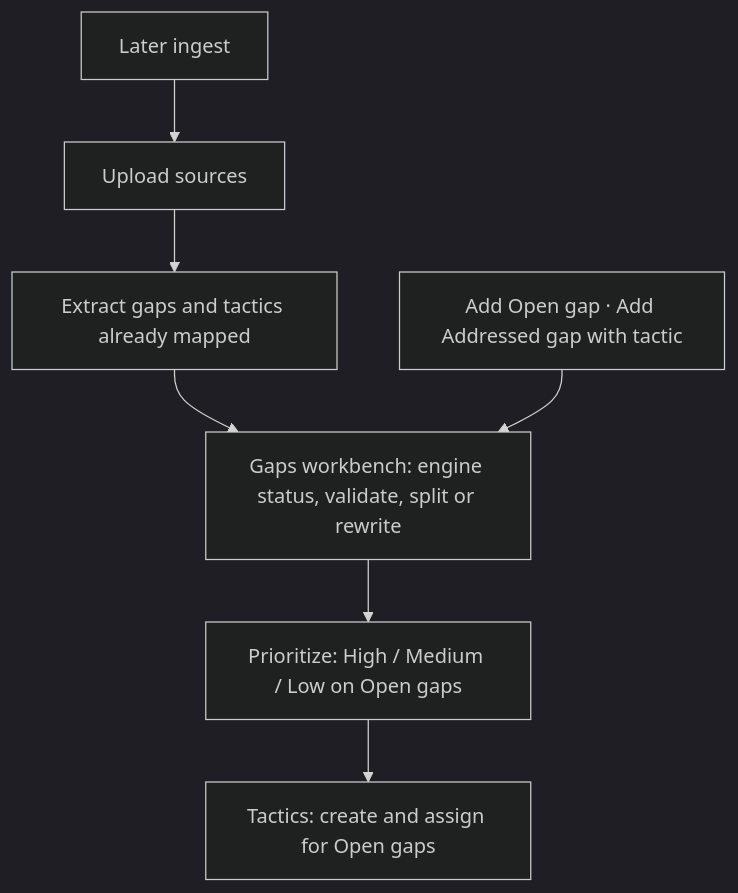
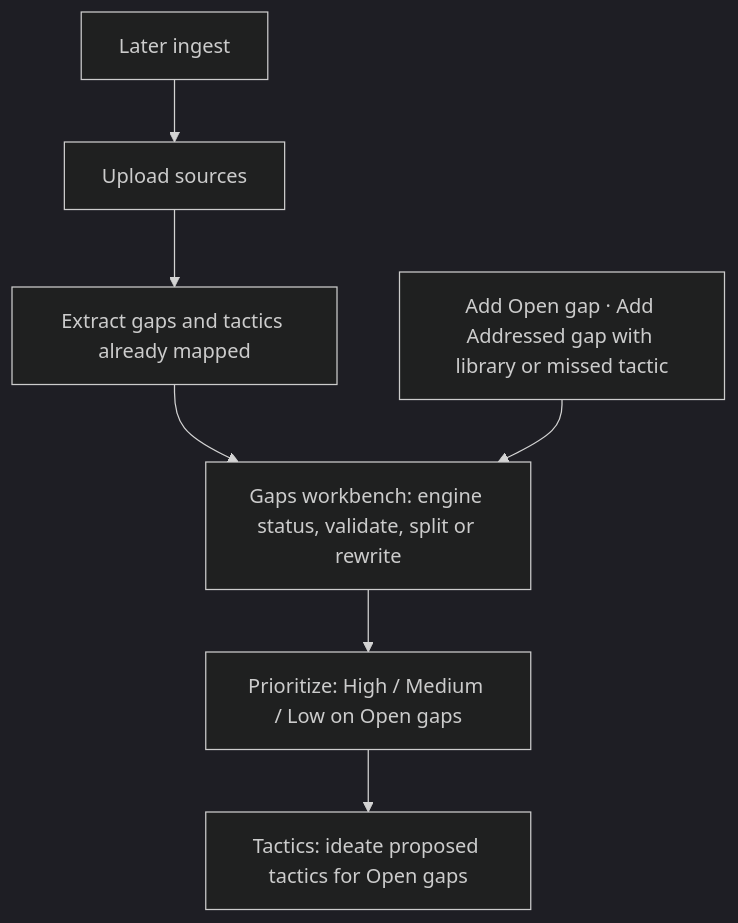
Before and after one commit to Shashb21/synapse: the first of 2 diagrams in docs/problem-and-solution.md, drawn with Mermaid (dark theme). The commit also changed 14 other files, not shown here.

First line of the commit message:
Split Gaps tactic actions into map-existing and record-missed.

````diff
--- a/docs/problem-and-solution.md
+++ b/docs/problem-and-solution.md
@@ -50,16 +50,16 @@
 ```mermaid
 flowchart TD
   upload["Upload sources"]
   extract["Extract gaps and tactics already mapped"]
   gaps["Gaps workbench: engine status, validate, split or rewrite"]
-  create["Add Open gap · Add Addressed gap with tactic"]
+  create["Add Open gap · Add Addressed gap with library or missed tactic"]
   pri["Prioritize: High / Medium / Low on Open gaps"]
-  tac["Tactics: create and assign for Open gaps"]
+  tac["Tactics: ideate proposed tactics for Open gaps"]
   later["Later ingest"]
   upload --> extract
   extract --> gaps
   create --> gaps
   gaps --> pri
   pri --> tac
   later --> upload
 ```
````
